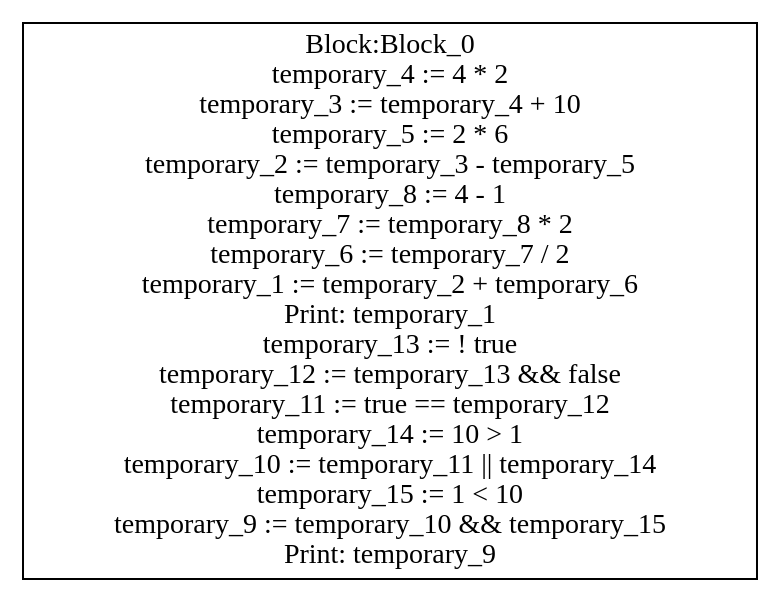
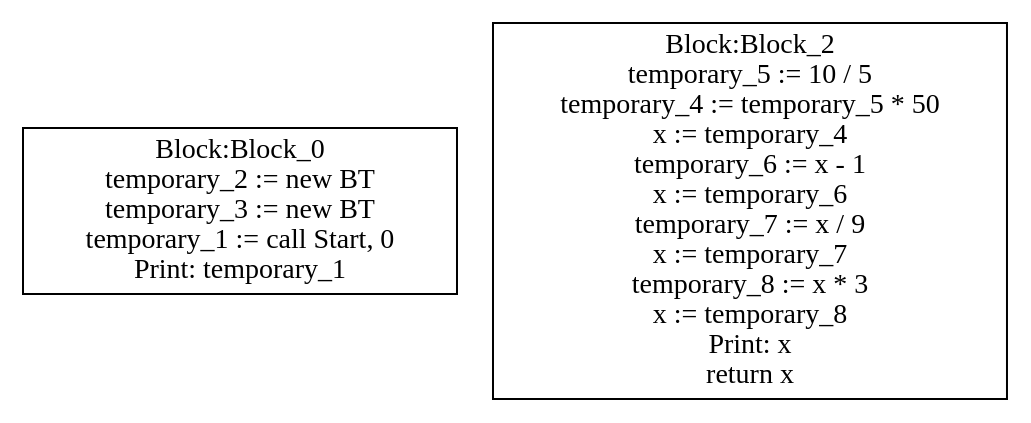
The diagram in lab3/CFG-tree.dot (moondog-matthew/compiler-dv1655), drawn with Graphviz before and after one commit. The commit also changed 7 other files, not shown here.

```diff
--- a/lab3/CFG-tree.dot
+++ b/lab3/CFG-tree.dot
@@ -1,22 +1,21 @@
 digraph {
 graph [ splines = ortho ]
 	node [ shape = box ];
 Block_0 [label="Block:Block_0
-temporary_4 := 4 * 2
-temporary_3 := temporary_4 + 10
-temporary_5 := 2 * 6
-temporary_2 := temporary_3 - temporary_5
-temporary_8 := 4 - 1
-temporary_7 := temporary_8 * 2
-temporary_6 := temporary_7 / 2
-temporary_1 := temporary_2 + temporary_6
-Print: temporary_1
-temporary_13 := ! true
-temporary_12 := temporary_13 && false
-temporary_11 := true == temporary_12
-temporary_14 := 10 > 1
-temporary_10 := temporary_11 || temporary_14
-temporary_15 := 1 < 10
-temporary_9 := temporary_10 && temporary_15
-Print: temporary_9"];
+temporary_2 := new BT
+temporary_3 := new BT
+temporary_1 := call Start, 0
+Print: temporary_1"];
+Block_2 [label="Block:Block_2
+temporary_5 := 10 / 5
+temporary_4 := temporary_5 * 50
+x := temporary_4
+temporary_6 := x - 1
+x := temporary_6
+temporary_7 := x / 9
+x := temporary_7
+temporary_8 := x * 3
+x := temporary_8
+Print: x
+return x"];
 }
```
